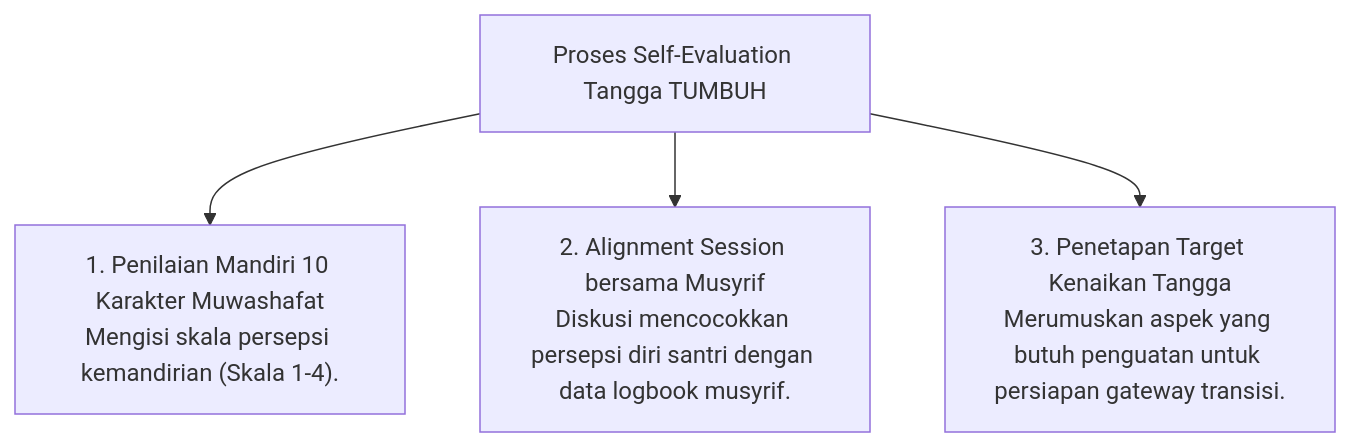
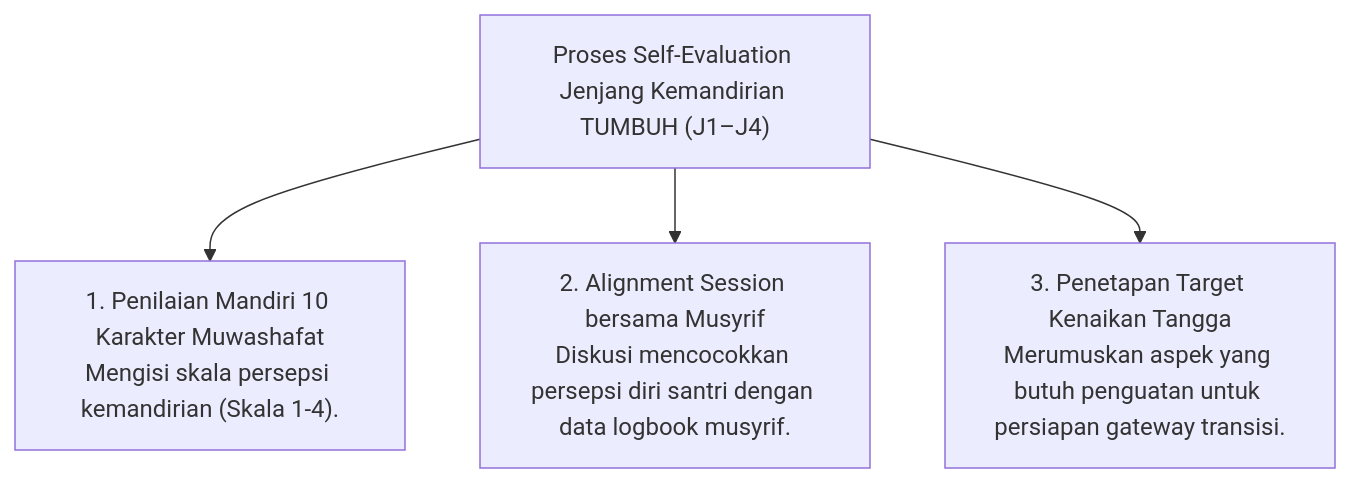
One commit to wandiapriliyandi/tumbuh changed the diagram in 05 Assessment Framework/06 Self Assessment/P5-06-03-Instrumen-Evaluasi-Diri-Tangga-TUMBUH.md. Above: the diagram before and after it, drawn with Mermaid. The commit also changed other lines of this file and 209 other files, not shown here.

````diff
--- a/05 Assessment Framework/06 Self Assessment/P5-06-03-Instrumen-Evaluasi-Diri-Tangga-TUMBUH.md
+++ b/05 Assessment Framework/06 Self Assessment/P5-06-03-Instrumen-Evaluasi-Diri-Tangga-TUMBUH.md
@@ -14,7 +14,7 @@
 ```mermaid
 graph TD
-    SelfLadder["Proses Self-Evaluation Tangga TUMBUH"]
+    SelfLadder["Proses Self-Evaluation Jenjang Kemandirian TUMBUH (J1–J4)"]
     SelfLadder --> Check["1. Penilaian Mandiri 10 Karakter Muwashafat<br/>Mengisi skala persepsi kemandirian (Skala 1-4)."]
     SelfLadder --> Align["2. Alignment Session bersama Musyrif<br/>Diskusi mencocokkan persepsi diri santri dengan data logbook musyrif."]
     SelfLadder --> Target["3. Penetapan Target Kenaikan Tangga<br/>Merumuskan aspek yang butuh penguatan untuk persiapan gateway transisi."]
 ```
````
